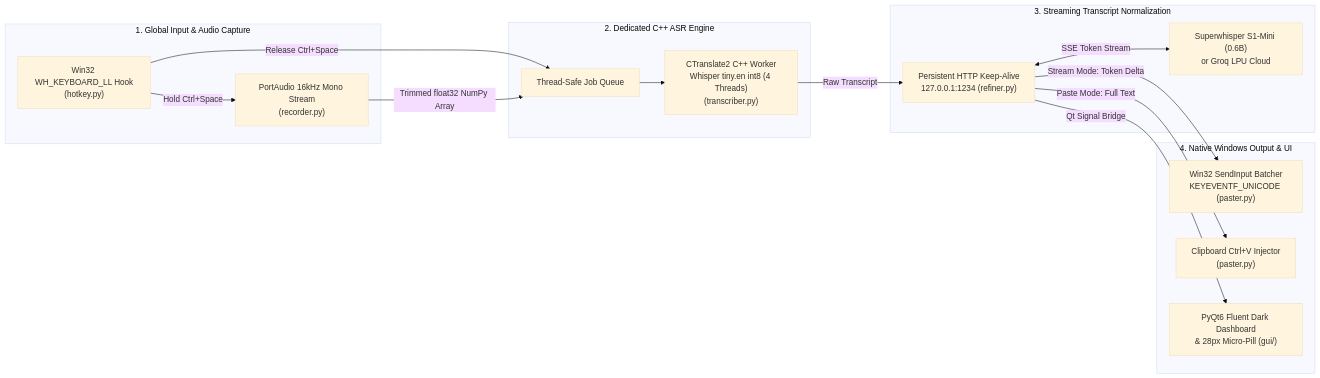
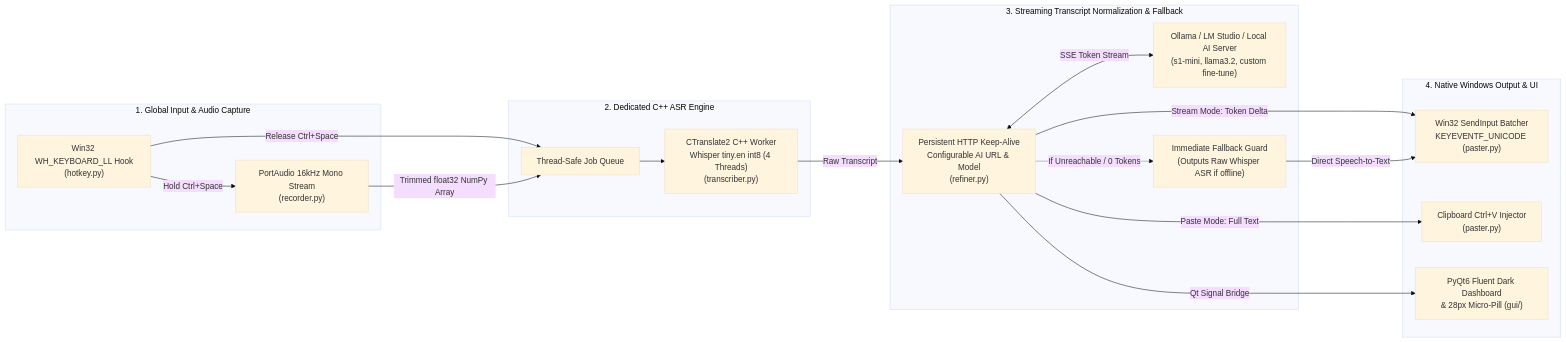
Before and after one commit to vrkalluru/patte: the diagram in ARCHITECTURE.md, drawn with Mermaid (base theme). The commit also changed other lines of this file and 2 other files, not shown here.

Commit message:
docs: synchronize README, INSTRUCTIONS, ARCHITECTURE, and DEBUGGING with latest features

````diff
--- a/ARCHITECTURE.md
+++ b/ARCHITECTURE.md
@@ -9,33 +9,36 @@
 ```mermaid
 flowchart LR
     subgraph Input["1. Global Input & Audio Capture"]
         HK["Win32 WH_KEYBOARD_LL Hook<br/>(hotkey.py)"]
         REC["PortAudio 16kHz Mono Stream<br/>(recorder.py)"]
     end
 
     subgraph ASR["2. Dedicated C++ ASR Engine"]
         Q["Thread-Safe Job Queue"]
         W["CTranslate2 C++ Worker<br/>Whisper tiny.en int8 (4 Threads)<br/>(transcriber.py)"]
     end
 
-    subgraph LLM["3. Streaming Transcript Normalization"]
-        S["Persistent HTTP Keep-Alive<br/>127.0.0.1:1234 (refiner.py)"]
-        M["Superwhisper S1-Mini (0.6B)<br/>or Groq LPU Cloud"]
+    subgraph LLM["3. Streaming Transcript Normalization & Fallback"]
+        S["Persistent HTTP Keep-Alive<br/>Configurable AI URL & Model<br/>(refiner.py)"]
+        M["Ollama / LM Studio / Local AI Server<br/>(s1-mini, llama3.2, custom fine-tune)"]
+        FB["Immediate Fallback Guard<br/>(Outputs Raw Whisper ASR if offline)"]
     end
 
     subgraph Output["4. Native Windows Output & UI"]
         INJ["Win32 SendInput Batcher<br/>KEYEVENTF_UNICODE (paster.py)"]
         CLIP["Clipboard Ctrl+V Injector<br/>(paster.py)"]
         UI["PyQt6 Fluent Dark Dashboard<br/>& 28px Micro-Pill (gui/)"]
     end
 
     HK -->|"Hold Ctrl+Space"| REC
     HK -->|"Release Ctrl+Space"| Q
     REC -->|"Trimmed float32 NumPy Array"| Q
     Q --> W
     W -->|"Raw Transcript"| S
     S <-->|"SSE Token Stream"| M
+    S -.->|"If Unreachable / 0 Tokens"| FB
     S -->|"Stream Mode: Token Delta"| INJ
     S -->|"Paste Mode: Full Text"| CLIP
     S -->|"Qt Signal Bridge"| UI
+    FB -->|"Direct Speech-to-Text"| INJ
 ```
````
